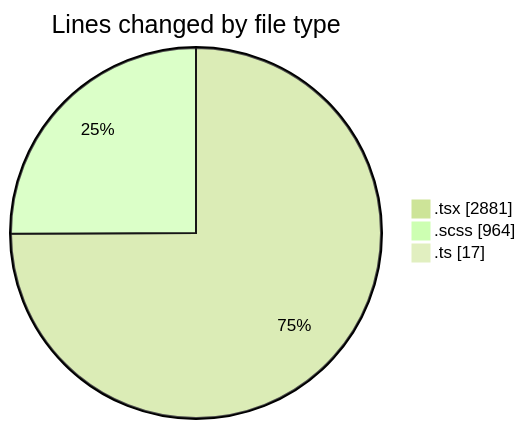
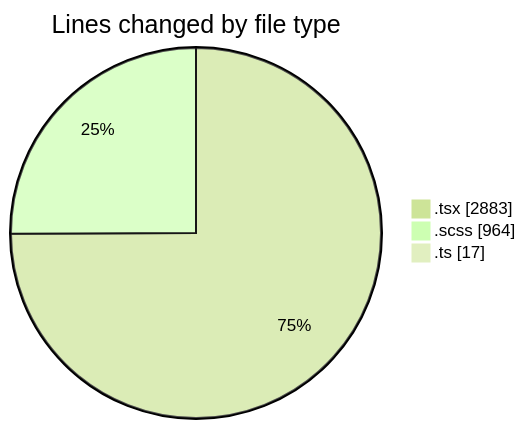
The first of 2 diagrams in 2025-09-19/cda/README.md (momahboobian/code-tracking), drawn with Mermaid (forest theme) before and after one commit. The commit also changed other lines of this file and 1 other file, not shown here.

````diff
--- a/2025-09-19/cda/README.md
+++ b/2025-09-19/cda/README.md
@@ -26,7 +26,7 @@
 ```mermaid
 pie showData
 title Lines changed by file type
-".tsx" : 2881
+".tsx" : 2883
 ".scss" : 964
 ".ts" : 17
 ```
````
